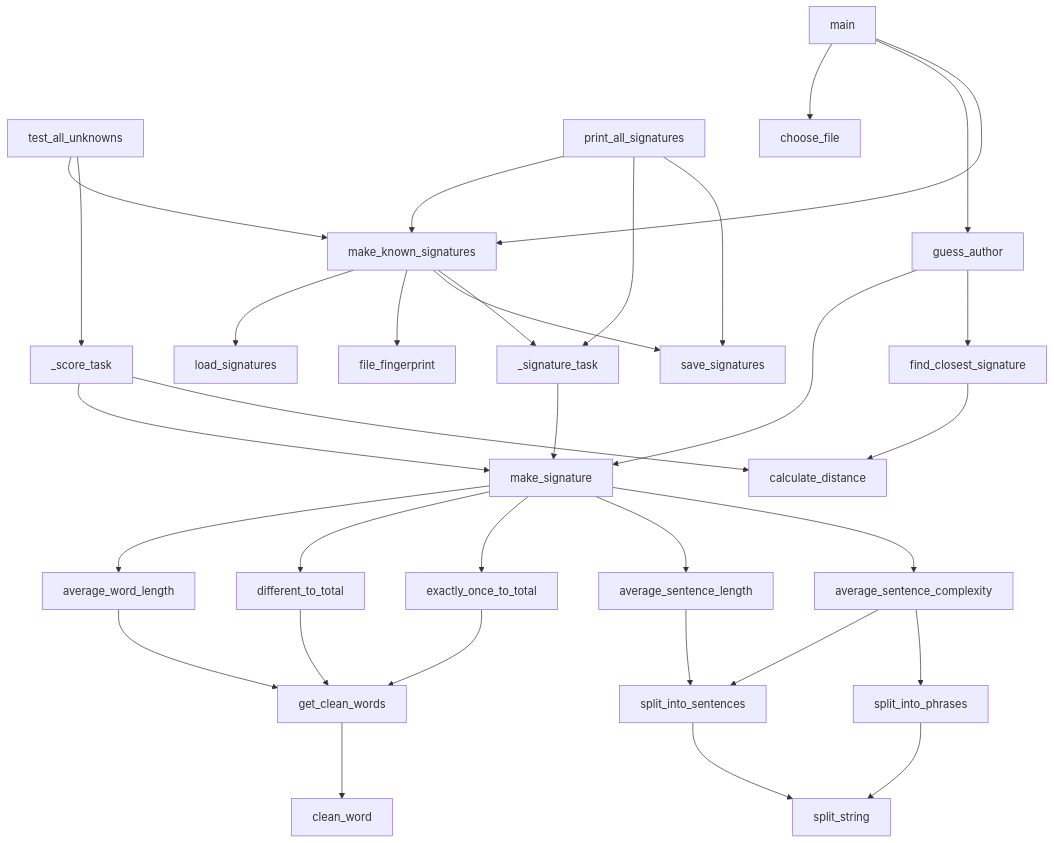
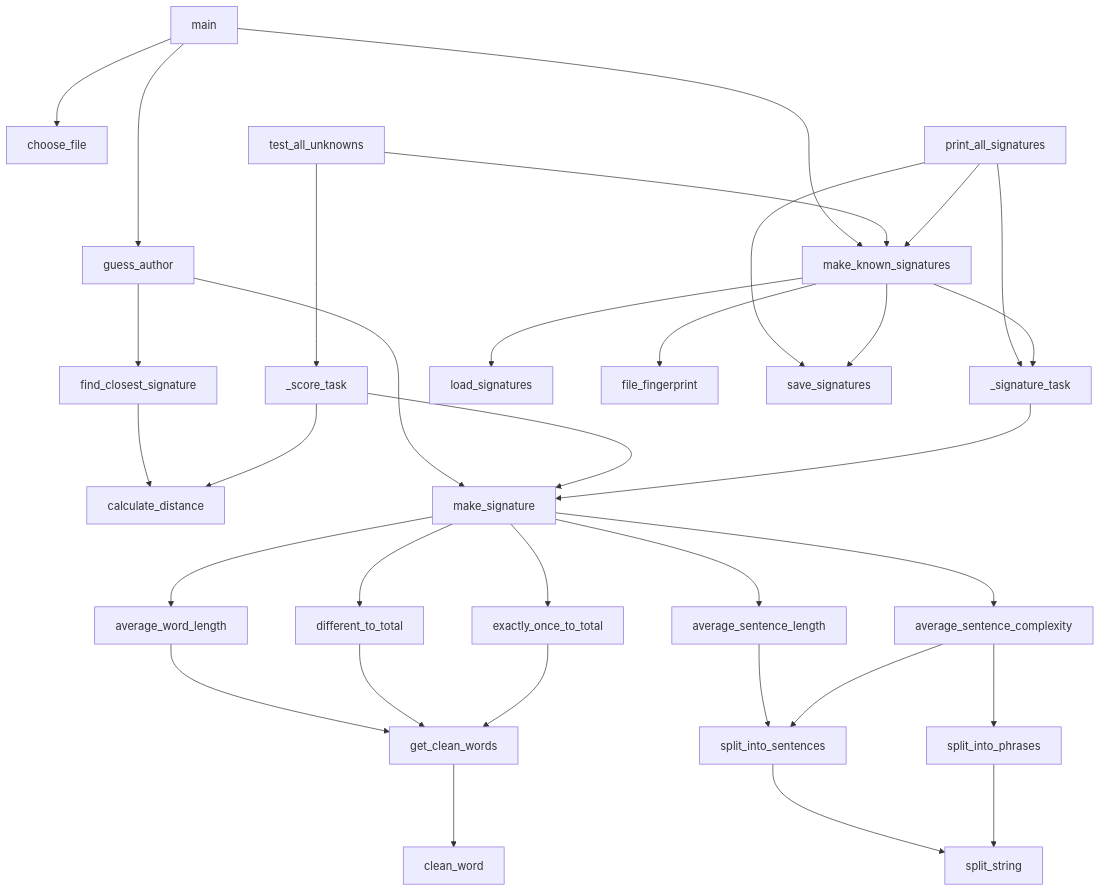
One commit to AidanColvin/style-distance changed the diagram in function-flow.md. Above: the diagram before and after it, drawn with Mermaid.

Commit message:
Refactor function flow diagram to enhance clarity and organization of function calls

````diff
--- a/function-flow.md
+++ b/function-flow.md
@@ -2,24 +2,25 @@
 ```mermaid
-%%{init: {"flowchart": {"rankSpacing": 110, "nodeSpacing": 60}} }%%
+%%{init: {"flowchart": {"rankSpacing": 120, "nodeSpacing": 70, "curve": "basis"}} }%%
 flowchart TD
     %% Functions
     main
+
+    choose_file
+    guess_author
     test_all_unknowns
     print_all_signatures
 
-    choose_file
-    guess_author
+    find_closest_signature
+    _score_task
     make_known_signatures
-    _score_task
+
+    calculate_distance
     _signature_task
-
     load_signatures
     file_fingerprint
     save_signatures
-    find_closest_signature
 
     make_signature
-    calculate_distance
 
     average_word_length
     different_to_total
@@ -33,7 +34,7 @@
     clean_word
     split_string
 
-    %% main sits alone on the top level, the two other modes start one level down
+    %% invisible links: keep main alone and centered on the top level
     main ~~~ test_all_unknowns
     main ~~~ print_all_signatures
 
@@ -42,25 +43,26 @@
     main --> guess_author
     main --> make_known_signatures
 
+    guess_author --> find_closest_signature
+    guess_author --> make_signature
+
+    test_all_unknowns --> _score_task
     test_all_unknowns --> make_known_signatures
-    test_all_unknowns --> _score_task
 
     print_all_signatures --> make_known_signatures
     print_all_signatures --> _signature_task
     print_all_signatures --> save_signatures
 
-    guess_author --> make_signature
-    guess_author --> find_closest_signature
+    find_closest_signature --> calculate_distance
+    _score_task --> make_signature
+    _score_task --> calculate_distance
 
+    make_known_signatures --> _signature_task
     make_known_signatures --> load_signatures
     make_known_signatures --> file_fingerprint
     make_known_signatures --> save_signatures
-    make_known_signatures --> _signature_task
 
-    _score_task --> make_signature
-    _score_task --> calculate_distance
     _signature_task --> make_signature
-    find_closest_signature --> calculate_distance
 
     make_signature --> average_word_length
     make_signature --> different_to_total
````
